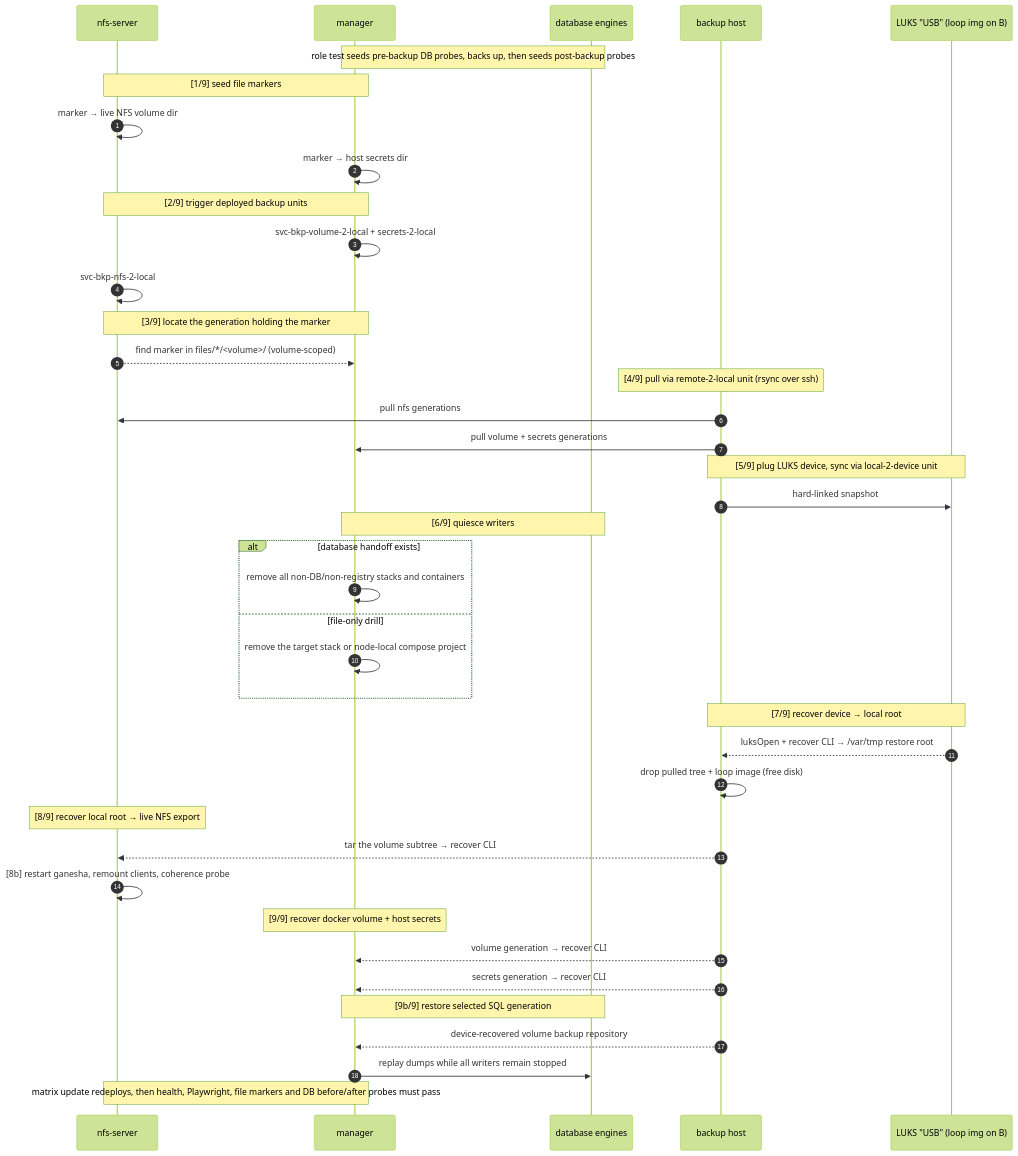
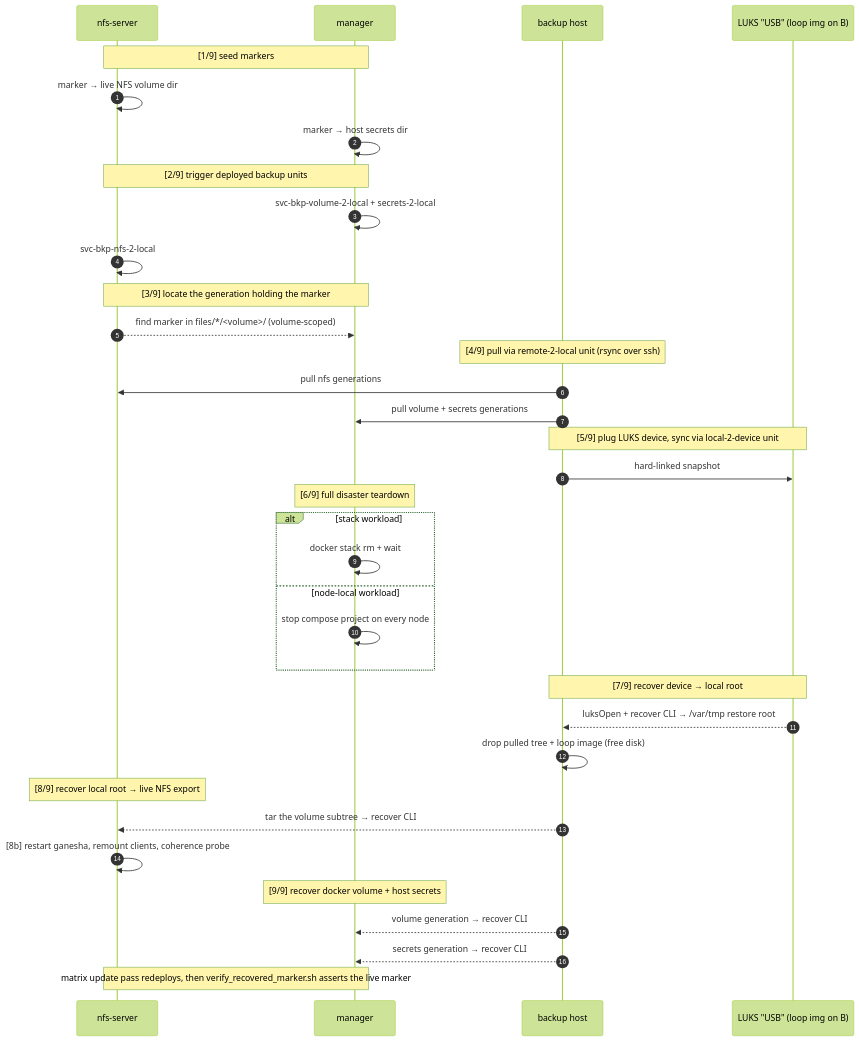
One commit to AlejandroRomanIbanez/infinito-nexus changed the first of 2 diagrams in scripts/tests/deploy/swarm/routine/backup/README.md. Above: the diagram before and after it, drawn with Mermaid (forest theme). The commit also changed other lines of this file and 15 other files, not shown here.

First line of the commit message:
revert(swarm-nfs): drop backup-drill rework, openproject bypass, xwiki replicas:1

````diff
--- a/scripts/tests/deploy/swarm/routine/backup/README.md
+++ b/scripts/tests/deploy/swarm/routine/backup/README.md
@@ -33,54 +11,47 @@
 ```mermaid
 sequenceDiagram
     autonumber
     participant N as nfs-server
     participant M as manager
-    participant D as database engines
     participant B as backup host
     participant U as LUKS "USB" (loop img on B)
 
-    Note over M,D: role test seeds pre-backup DB probes, backs up, then seeds post-backup probes
-
-    Note over N,M: [1/9] seed file markers
+    Note over N,M: [1/9] seed markers
     N->>N: marker → live NFS volume dir
     M->>M: marker → host secrets dir
 
     Note over N,M: [2/9] trigger deployed backup units
     M->>M: svc-bkp-volume-2-local + secrets-2-local
     N->>N: svc-bkp-nfs-2-local
 
     Note over N,M: [3/9] locate the generation holding the marker
     N-->>M: find marker in files/*/<volume>/ (volume-scoped)
 
     Note over B: [4/9] pull via remote-2-local unit (rsync over ssh)
     B->>N: pull nfs generations
     B->>M: pull volume + secrets generations
 
     Note over B,U: [5/9] plug LUKS device, sync via local-2-device unit
     B->>U: hard-linked snapshot
 
-    Note over M,D: [6/9] quiesce writers
-    alt database handoff exists
-        M->>M: remove all non-DB/non-registry stacks and containers
-    else file-only drill
-        M->>M: remove the target stack or node-local compose project
+    Note over M: [6/9] full disaster teardown
+    alt stack workload
+        M->>M: docker stack rm + wait
+    else node-local workload
+        M->>M: stop compose project on every node
     end
 
     Note over B,U: [7/9] recover device → local root
     U-->>B: luksOpen + recover CLI → /var/tmp restore root
     B->>B: drop pulled tree + loop image (free disk)
 
     Note over N: [8/9] recover local root → live NFS export
     B-->>N: tar the volume subtree → recover CLI
     N->>N: [8b] restart ganesha, remount clients, coherence probe
 
     Note over M: [9/9] recover docker volume + host secrets
     B-->>M: volume generation → recover CLI
     B-->>M: secrets generation → recover CLI
 
-    Note over M,D: [9b/9] restore selected SQL generation
-    B-->>M: device-recovered volume backup repository
-    M->>D: replay dumps while all writers remain stopped
-
-    Note over M,N: matrix update redeploys, then health, Playwright, file markers and DB before/after probes must pass
+    Note over M,N: matrix update pass redeploys, then verify_recovered_marker.sh asserts the live marker
 ```
````
